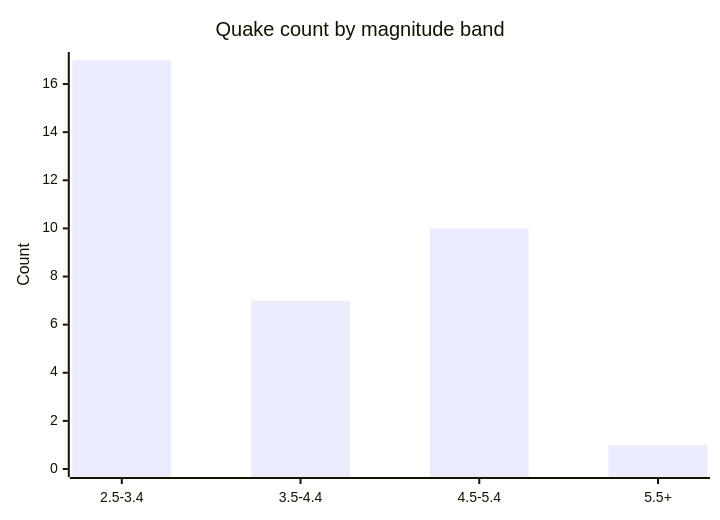
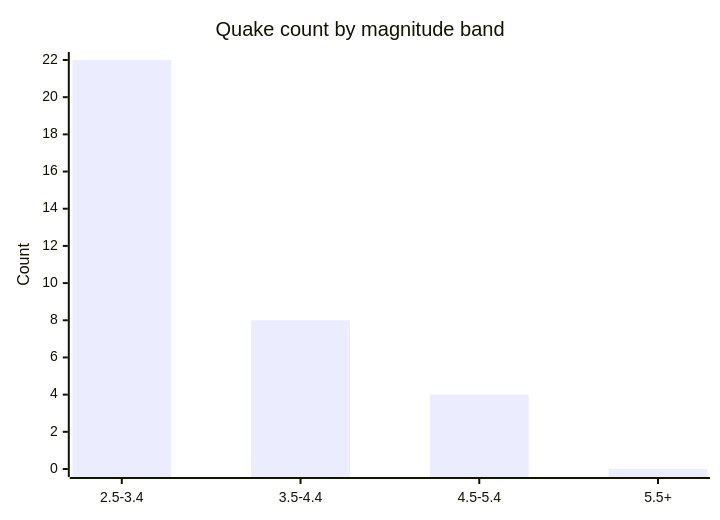
One commit to Midwest-Stratospheric/aerostratospheric-defense-gir changed the fifth of 6 diagrams in docs/GRAPHS.md. Above: the diagram before and after it, drawn with Mermaid. The commit also changed other lines of this file and 25 other files, not shown here.

````diff
--- a/docs/GRAPHS.md
+++ b/docs/GRAPHS.md
@@ -82,7 +82,7 @@
 ```mermaid
 xychart-beta
   title "Quake count by magnitude band"
   x-axis ["2.5-3.4", "3.5-4.4", "4.5-5.4", "5.5+"]
-  y-axis "Count" 0 --> 17
-  bar [17, 7, 10, 1]
+  y-axis "Count" 0 --> 22
+  bar [22, 8, 4, 0]
 ```
````
